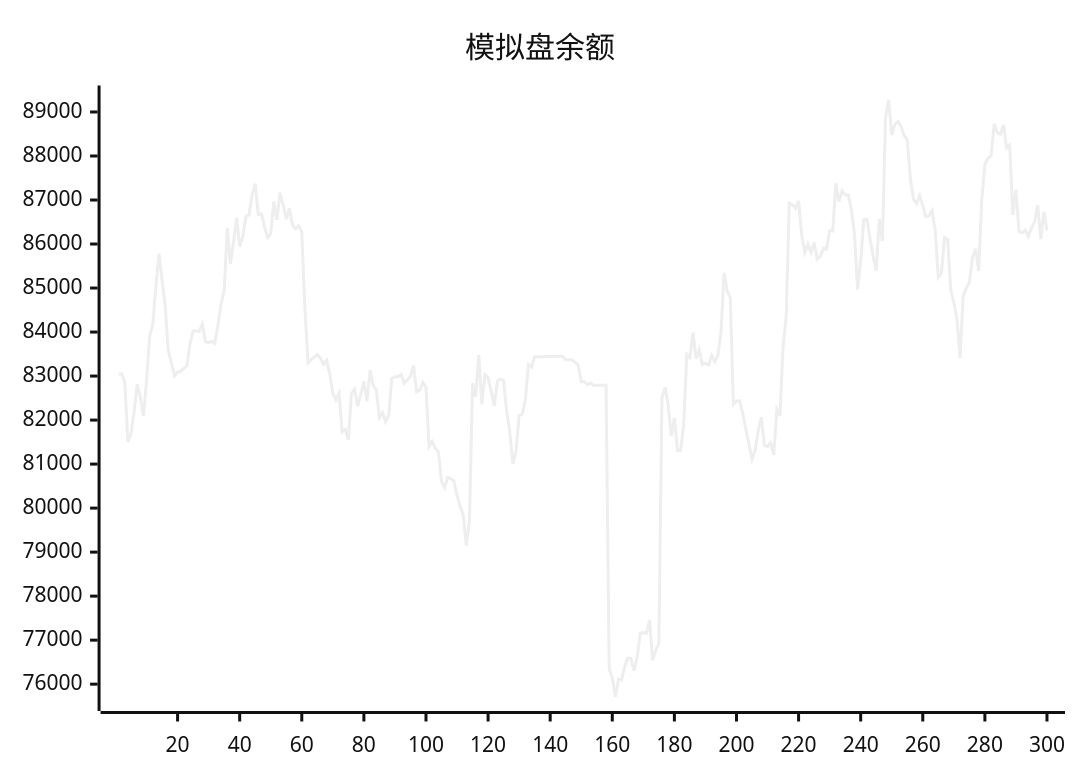
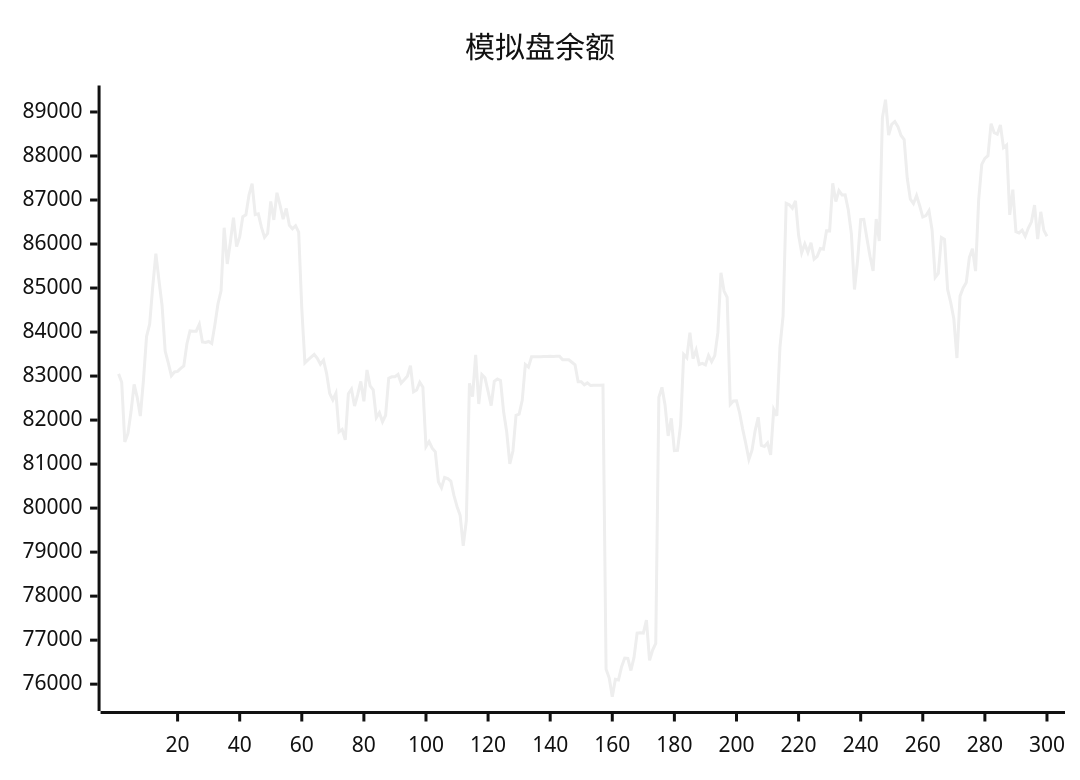
One commit to aahl/ai-trading changed the diagram in README.md. Above: the diagram before and after it, drawn with Mermaid (neutral theme). The commit also changed other lines of this file and 1 other file, not shown here.

````diff
--- a/README.md
+++ b/README.md
@@ -5,5 +5,5 @@
 ```mermaid
 xychart
     title "模拟盘余额"
-    line [83041,83050,82858,81503,81691,82188,82812,82517,82092,82901,83898,84180,85030,85781,85178,84604,83569,83298,83008,83093,83107,83175,83228,83729,84025,84017,84019,84177,83775,83762,83785,83738,84160,84639,84939,86370,85548,86046,86599,85942,86161,86622,86664,87115,87369,86666,86685,86384,86152,86243,86969,86548,87164,86885,86566,86809,86427,86348,86417,86273,84538,83299,83369,83430,83490,83404,83270,83362,83056,82605,82459,82614,81734,81788,81551,82598,82702,82320,82580,82878,82426,83139,82778,82686,82056,82166,81963,82110,82951,82983,82984,83038,82838,82915,82998,83235,82642,82682,82858,82746,81396,81512,81362,81277,80600,80461,80699,80673,80616,80288,80038,79836,79142,79722,82837,82533,83480,82366,83032,82960,82654,82330,82883,82934,82901,82188,81728,81005,81298,82110,82135,82449,83264,83203,83440,83439,83440,83440,83446,83447,83448,83447,83448,83449,83369,83369,83369,83313,83256,82872,82873,82801,82844,82785,82791,82791,82793,82794,76339,76145,75714,76110,76096,76397,76594,76585,76310,76607,77160,77170,77160,77456,76541,76774,76927,82520,82744,82337,81639,82040,81307,81314,81887,83490,83414,83984,83396,83594,83261,83287,83253,83470,83327,83465,83987,85348,84930,84786,82355,82433,82438,82167,81795,81466,81105,81315,81756,82064,81426,81398,81481,81210,82242,82099,83658,84359,86925,86892,86814,86980,86203,85802,86003,85811,86028,85657,85721,85896,85880,86300,86299,87378,86965,87214,87115,87118,86780,86238,84966,85623,86555,86562,86129,85722,85387,86569,86070,88870,89278,88477,88720,88781,88668,88467,88372,87493,87018,86917,87102,86870,86613,86644,86758,86317,85242,85334,86149,86106,84968,84671,84302,83410,84816,85001,85127,85693,85891,85384,87001,87811,87945,88007,88734,88528,88495,88705,88189,88248,86662,87234,86279,86251,86314,86177,86364,86503,86886,86114,86731,86310]
+    line [83050,82858,81503,81691,82188,82812,82517,82092,82901,83898,84180,85030,85781,85178,84604,83569,83298,83008,83093,83107,83175,83228,83729,84025,84017,84019,84177,83775,83762,83785,83738,84160,84639,84939,86370,85548,86046,86599,85942,86161,86622,86664,87115,87369,86666,86685,86384,86152,86243,86969,86548,87164,86885,86566,86809,86427,86348,86417,86273,84538,83299,83369,83430,83490,83404,83270,83362,83056,82605,82459,82614,81734,81788,81551,82598,82702,82320,82580,82878,82426,83139,82778,82686,82056,82166,81963,82110,82951,82983,82984,83038,82838,82915,82998,83235,82642,82682,82858,82746,81396,81512,81362,81277,80600,80461,80699,80673,80616,80288,80038,79836,79142,79722,82837,82533,83480,82366,83032,82960,82654,82330,82883,82934,82901,82188,81728,81005,81298,82110,82135,82449,83264,83203,83440,83439,83440,83440,83446,83447,83448,83447,83448,83449,83369,83369,83369,83313,83256,82872,82873,82801,82844,82785,82791,82791,82793,82794,76339,76145,75714,76110,76096,76397,76594,76585,76310,76607,77160,77170,77160,77456,76541,76774,76927,82520,82744,82337,81639,82040,81307,81314,81887,83490,83414,83984,83396,83594,83261,83287,83253,83470,83327,83465,83987,85348,84930,84786,82355,82433,82438,82167,81795,81466,81105,81315,81756,82064,81426,81398,81481,81210,82242,82099,83658,84359,86925,86892,86814,86980,86203,85802,86003,85811,86028,85657,85721,85896,85880,86300,86299,87378,86965,87214,87115,87118,86780,86238,84966,85623,86555,86562,86129,85722,85387,86569,86070,88870,89278,88477,88720,88781,88668,88467,88372,87493,87018,86917,87102,86870,86613,86644,86758,86317,85242,85334,86149,86106,84968,84671,84302,83410,84816,85001,85127,85693,85891,85384,87001,87811,87945,88007,88734,88528,88495,88705,88189,88248,86662,87234,86279,86251,86314,86177,86364,86503,86886,86114,86731,86310,86176]
 ```
````
